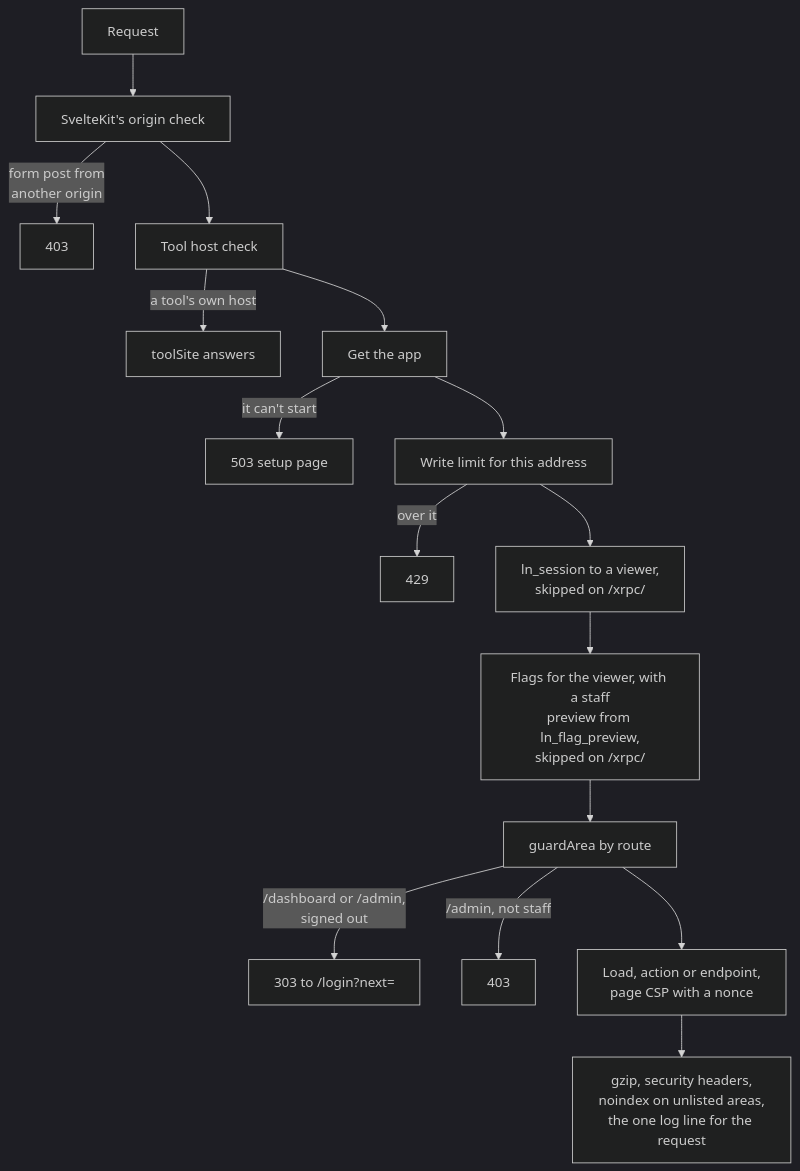
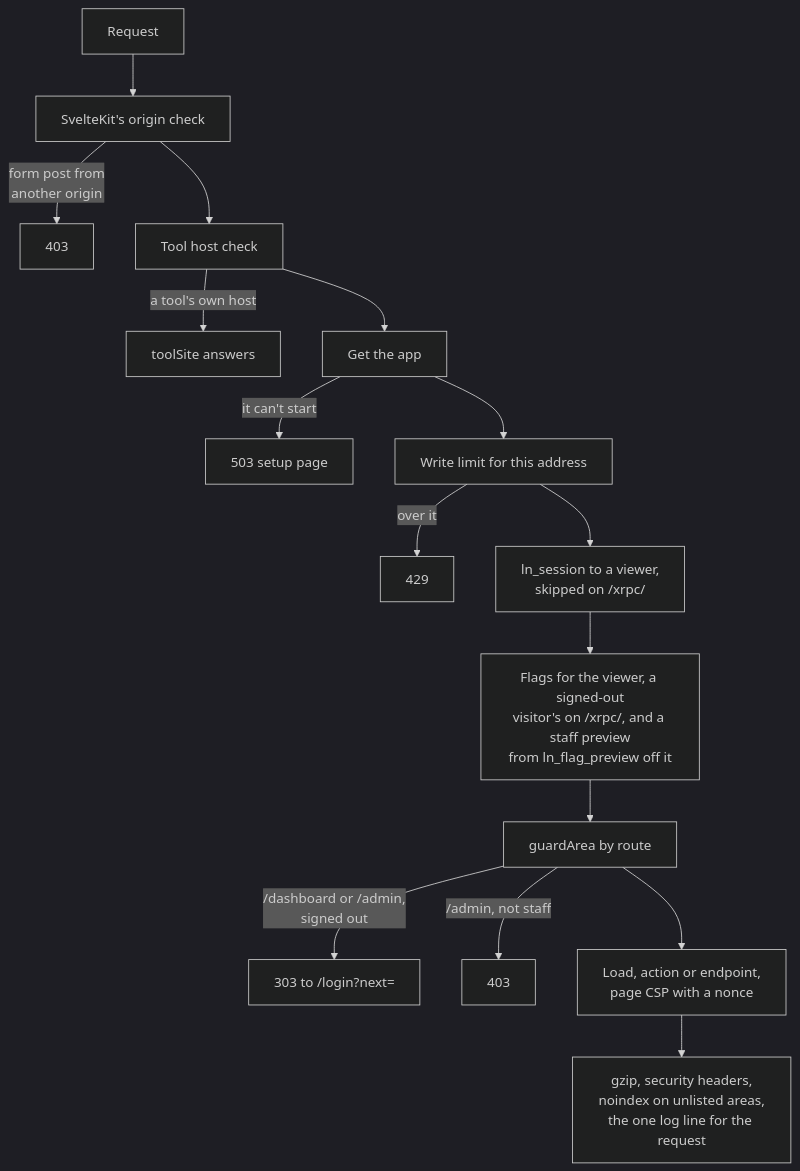
One commit to cutenode/localnetwork changed the first of 11 diagrams in apps/web/docs/diagrams/requests-and-routes.md. Above: the diagram before and after it, drawn with Mermaid (dark theme). The commit also changed 1 other file, not shown here.

Commit message:
docs(web): show xrpc calls getting a signed-out visitor's flags
Since #607 the server hook decides flags for /xrpc calls too, as a signed-out visitor's, and only skips the staff preview there. The request path in requests-and-routes and the flags on a page request in flags now show that.

````diff
--- a/apps/web/docs/diagrams/requests-and-routes.md
+++ b/apps/web/docs/diagrams/requests-and-routes.md
@@ -21,18 +21,18 @@
 ```mermaid
 flowchart TD
   In["Request"] --> Csrf["SvelteKit's origin check"]
   Csrf -- "form post from<br/>another origin" --> Blocked["403"]
   Csrf --> Tool["Tool host check"]
   Tool -- "a tool's own host" --> ToolSite["toolSite answers"]
   Tool --> Load["Get the app"]
   Load -- "it can't start" --> Setup["503 setup page"]
   Load --> Limit["Write limit for this address"]
   Limit -- "over it" --> Slow["429"]
   Limit --> Session["ln_session to a viewer,<br/>skipped on /xrpc/"]
-  Session --> Flags["Flags for the viewer, with a staff<br/>preview from ln_flag_preview,<br/>skipped on /xrpc/"]
+  Session --> Flags["Flags for the viewer, a signed-out<br/>visitor's on /xrpc/, and a staff preview<br/>from ln_flag_preview off it"]
   Flags --> Guard["guardArea by route"]
   Guard -- "/dashboard or /admin,<br/>signed out" --> Login["303 to /login?next="]
   Guard -- "/admin, not staff" --> Refused["403"]
   Guard --> Route["Load, action or endpoint,<br/>page CSP with a nonce"]
   Route --> Out["gzip, security headers,<br/>noindex on unlisted areas,<br/>the one log line for the request"]
 ```
````
